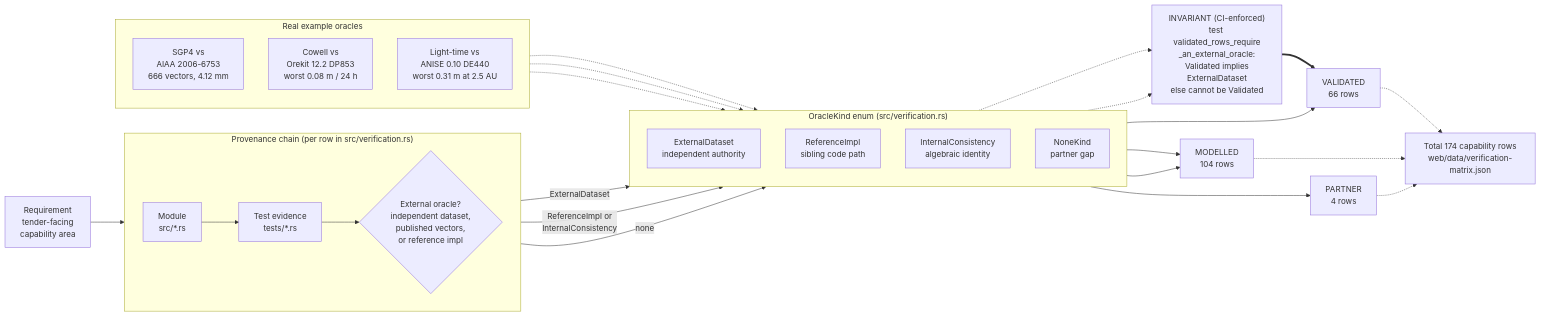
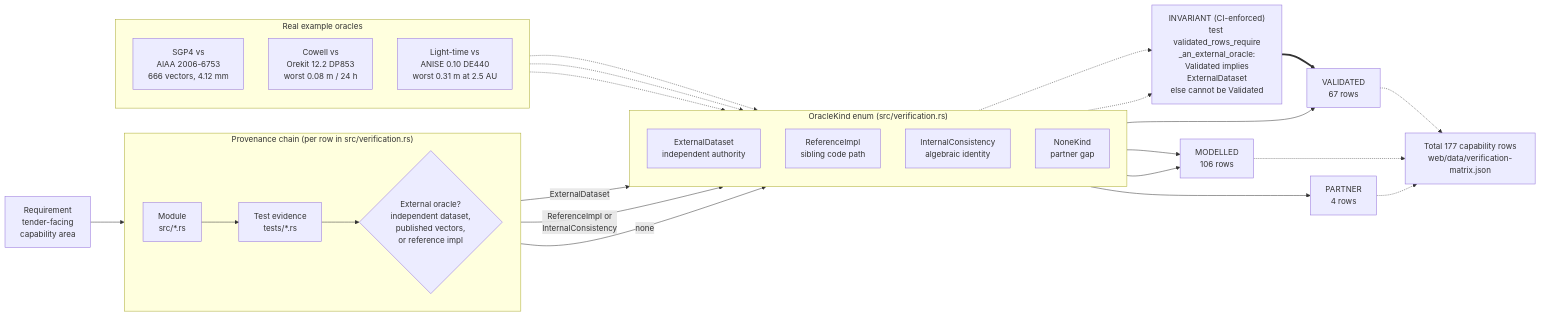
Before and after one commit to ashfordeOU/kshana: the diagram in docs/diagrams/validation-provenance.mmd, drawn with Mermaid. The commit also changed 21 other files, not shown here.

First line of the commit message:
docs: move the kind count to 64, the scenario-file count to 83 and the matrix to 177 rows on every surface outside web/

```diff
--- a/docs/diagrams/validation-provenance.mmd
+++ b/docs/diagrams/validation-provenance.mmd
@@ -1,49 +1,49 @@
 flowchart LR
     REQ["Requirement<br/>tender-facing<br/>capability area"]
 
     subgraph CHAIN["Provenance chain (per row in src/verification.rs)"]
         direction LR
         MOD["Module<br/>src/*.rs"]
         TST["Test evidence<br/>tests/*.rs"]
         ORA{"External oracle?<br/>independent dataset,<br/>published vectors,<br/>or reference impl"}
     end
 
     REQ --> MOD --> TST --> ORA
 
     subgraph KINDS["OracleKind enum (src/verification.rs)"]
         direction TD
         EXT["ExternalDataset<br/>independent authority"]
         REF["ReferenceImpl<br/>sibling code path"]
         INT["InternalConsistency<br/>algebraic identity"]
         NON["NoneKind<br/>partner gap"]
     end
 
     ORA -->|ExternalDataset| EXT
     ORA -->|"ReferenceImpl or<br/>InternalConsistency"| INT
     ORA -->|none| NON
 
     GUARD["INVARIANT (CI-enforced)<br/>test validated_rows_require<br/>_an_external_oracle:<br/>Validated implies<br/>ExternalDataset<br/>else cannot be Validated"]
     EXT -.-> GUARD
     INT -.-> GUARD
 
-    EXT --> VAL["VALIDATED<br/>66 rows"]
-    REF --> MDL["MODELLED<br/>104 rows"]
+    EXT --> VAL["VALIDATED<br/>67 rows"]
+    REF --> MDL["MODELLED<br/>106 rows"]
     INT --> MDL
     NON --> PRT["PARTNER<br/>4 rows"]
     GUARD ==> VAL
 
     subgraph EX["Real example oracles"]
         direction TD
         E1["SGP4 vs<br/>AIAA 2006-6753<br/>666 vectors, 4.12 mm"]
         E2["Cowell vs<br/>Orekit 12.2 DP853<br/>worst 0.08 m / 24 h"]
         E3["Light-time vs<br/>ANISE 0.10 DE440<br/>worst 0.31 m at 2.5 AU"]
     end
 
     E1 -.-> EXT
     E2 -.-> EXT
     E3 -.-> EXT
 
-    TOTAL["Total 174 capability rows<br/>web/data/verification-matrix.json"]
+    TOTAL["Total 177 capability rows<br/>web/data/verification-matrix.json"]
     VAL -.-> TOTAL
     MDL -.-> TOTAL
     PRT -.-> TOTAL
```
